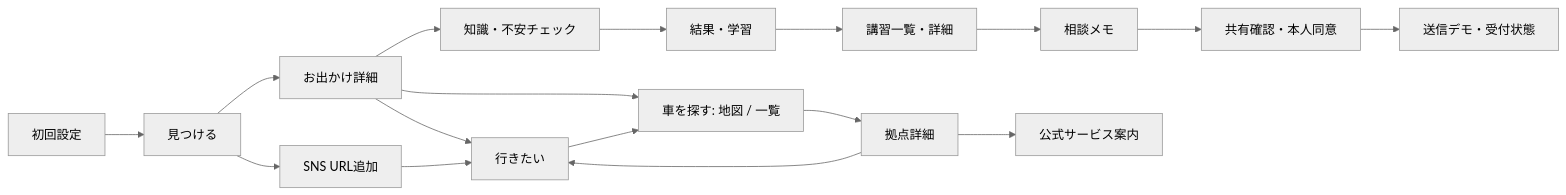
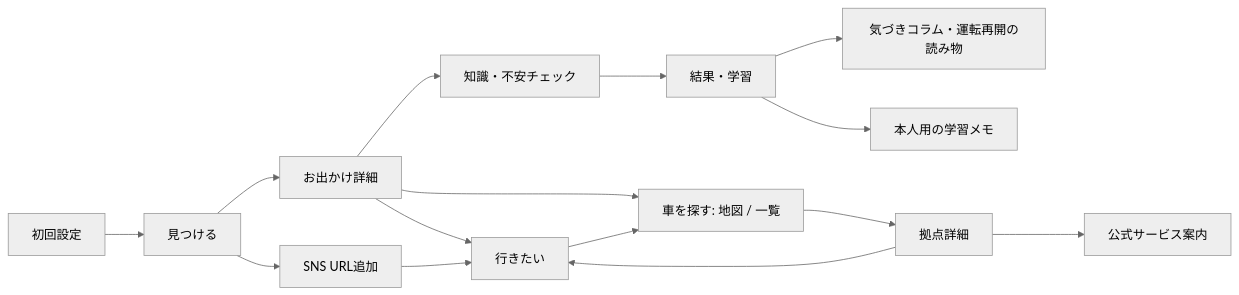
Before and after one commit to Greek-Academy/Let-s-go-anywhere: the diagram in README.md, drawn with Mermaid (neutral theme). The commit also changed other lines of this file and 44 other files, not shown here.

````diff
--- a/README.md
+++ b/README.md
@@ -71,19 +71,17 @@
 ```mermaid
 flowchart LR
   A[初回設定] --> B[見つける]
   B --> C[お出かけ詳細]
   C --> D[行きたい]
   C --> E[知識・不安チェック]
   E --> F[結果・学習]
-  F --> G[講習一覧・詳細]
-  G --> H[相談メモ]
-  H --> I[共有確認・本人同意]
-  I --> J[送信デモ・受付状態]
+  F --> G[気づきコラム・運転再開の読み物]
+  F --> H[本人用の学習メモ]
   C --> K[車を探す: 地図 / 一覧]
   D --> K
   K --> L[拠点詳細]
   L --> M[公式サービス案内]
   L --> D
   B --> N[SNS URL追加]
   N --> D
 ```
````
